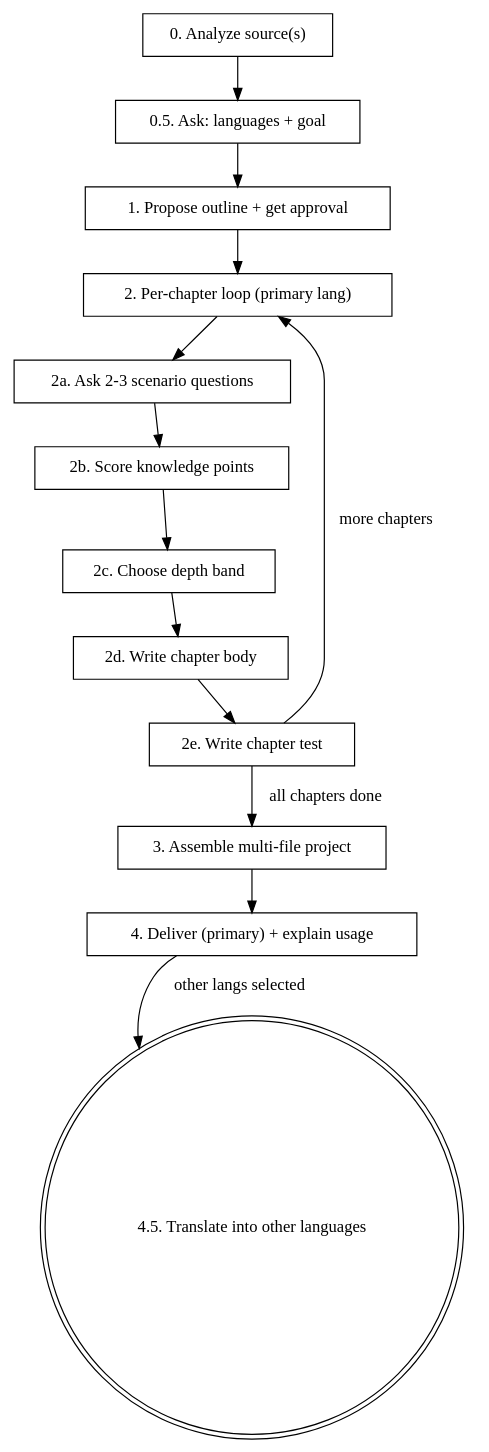
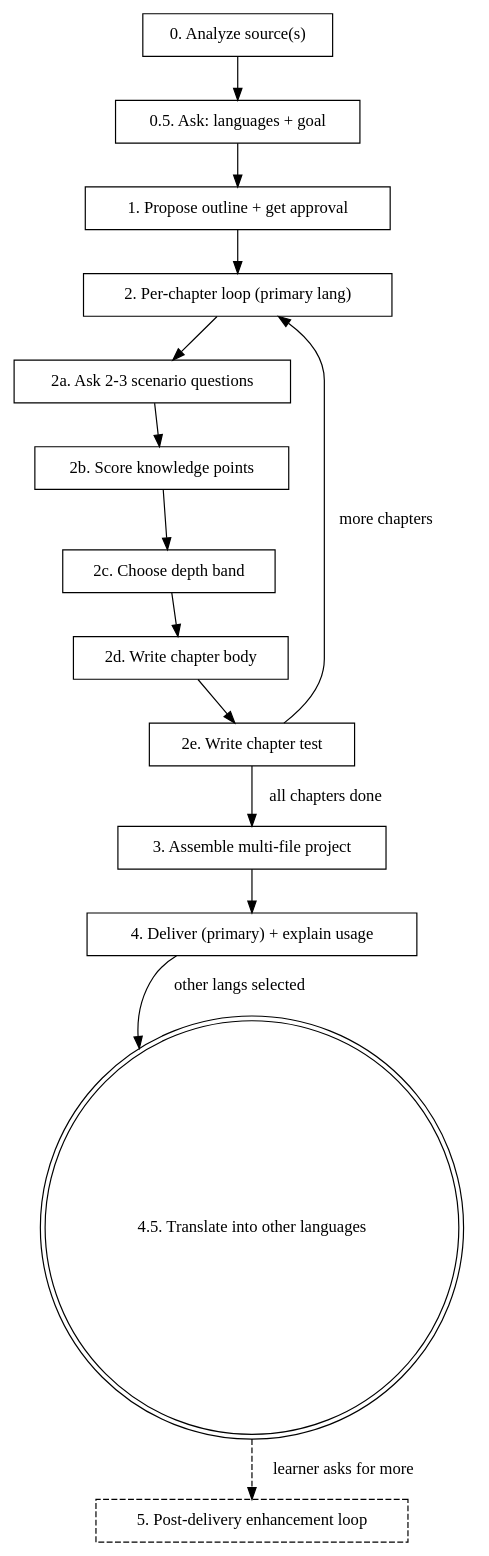
The diagram in SKILL.md (JJack27/Forge), drawn with Graphviz before and after one commit. The commit also changed other lines of this file and 6 other files, not shown here.

First line of the commit message:
Add optional dashboard knowledge graph (Cytoscape + offline SVG fallback)

````diff
--- a/SKILL.md
+++ b/SKILL.md
@@ -31,31 +31,33 @@
 ```dot
 digraph forger {
   rankdir=TB;
   "0. Analyze source(s)" [shape=box];
   "0.5. Ask: languages + goal" [shape=box];
   "1. Propose outline + get approval" [shape=box];
   "2. Per-chapter loop (primary lang)" [shape=box];
   "2a. Ask 2-3 scenario questions" [shape=box];
   "2b. Score knowledge points" [shape=box];
   "2c. Choose depth band" [shape=box];
   "2d. Write chapter body" [shape=box];
   "2e. Write chapter test" [shape=box];
   "3. Assemble multi-file project" [shape=box];
   "4. Deliver (primary) + explain usage" [shape=box];
   "4.5. Translate into other languages" [shape=doublecircle];
+  "5. Post-delivery enhancement loop" [shape=box, style=dashed];
 
   "0. Analyze source(s)" -> "0.5. Ask: languages + goal";
   "0.5. Ask: languages + goal" -> "1. Propose outline + get approval";
   "1. Propose outline + get approval" -> "2. Per-chapter loop (primary lang)";
   "2. Per-chapter loop (primary lang)" -> "2a. Ask 2-3 scenario questions";
   "2a. Ask 2-3 scenario questions" -> "2b. Score knowledge points";
   "2b. Score knowledge points" -> "2c. Choose depth band";
   "2c. Choose depth band" -> "2d. Write chapter body";
   "2d. Write chapter body" -> "2e. Write chapter test";
   "2e. Write chapter test" -> "2. Per-chapter loop (primary lang)" [label="more chapters"];
   "2e. Write chapter test" -> "3. Assemble multi-file project" [label="all chapters done"];
   "3. Assemble multi-file project" -> "4. Deliver (primary) + explain usage";
   "4. Deliver (primary) + explain usage" -> "4.5. Translate into other languages" [label="other langs selected"];
   "4. Deliver (primary) + explain usage" -> "4.5. Translate into other languages" [label="done if no others", style=invis];
+  "4.5. Translate into other languages" -> "5. Post-delivery enhancement loop" [label="learner asks for more", style=dashed];
 }
 ```
````
